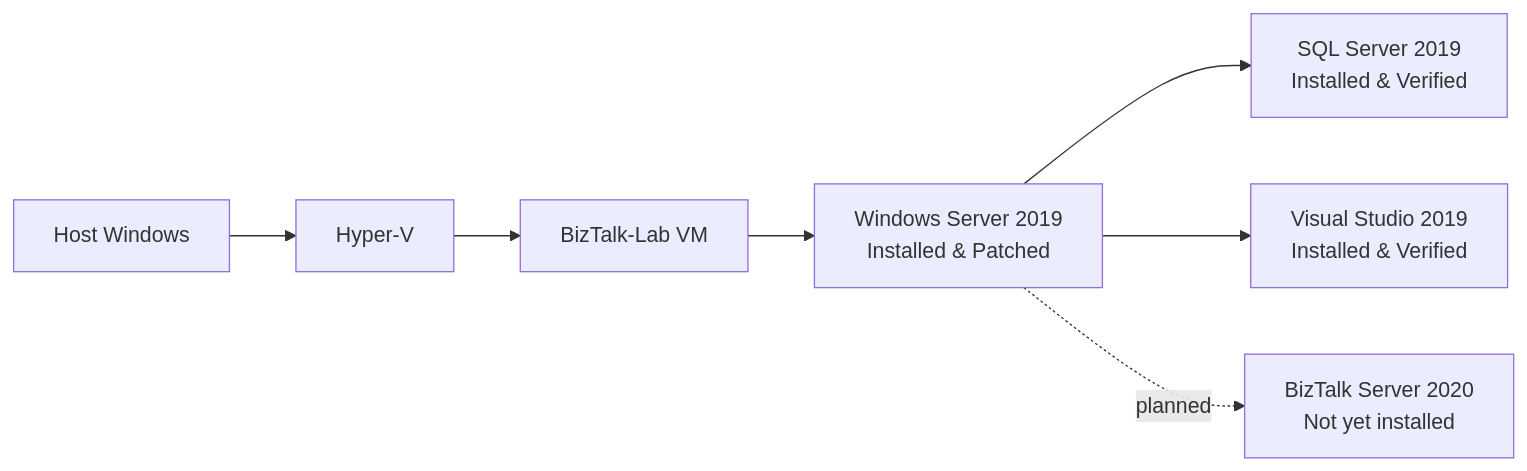
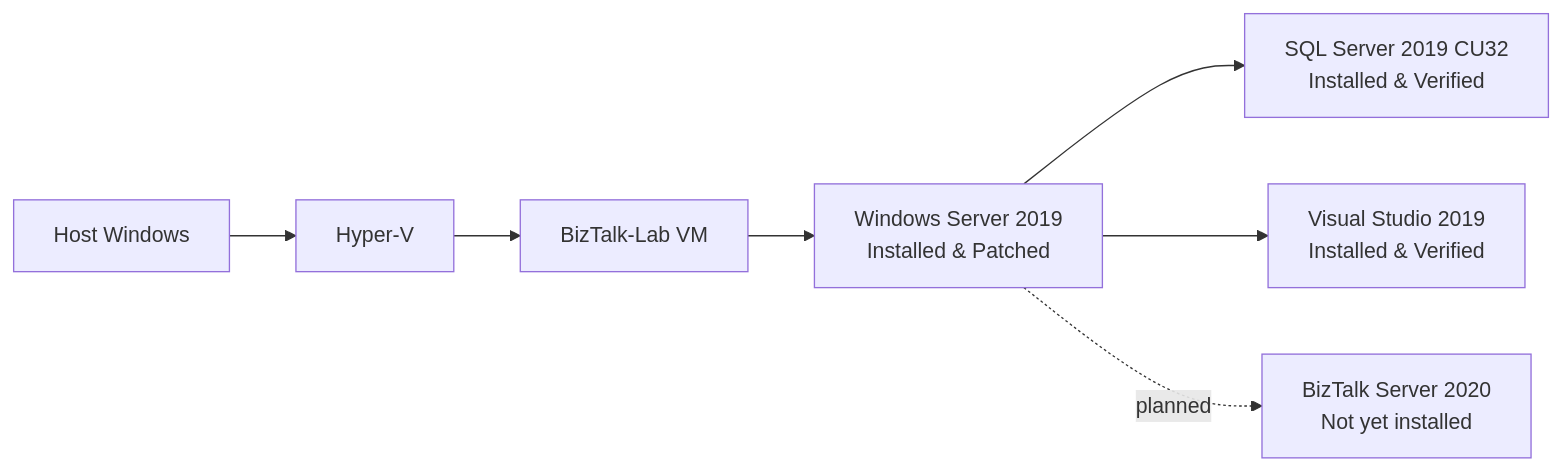
The diagram in README.md (mina-mtb/biztalk-to-azure-migration-lab), drawn with Mermaid before and after one commit. The commit also changed other lines of this file and 3 other files, not shown here.

Commit message:
chore: update SQL Server 2019 to CU32 (15.0.4430.1)

````diff
--- a/README.md
+++ b/README.md
@@ -32,9 +32,9 @@
 ```mermaid
 flowchart LR
     Host[Host Windows] --> HyperV[Hyper-V]
     HyperV --> VM[BizTalk-Lab VM]
     VM --> OS[Windows Server 2019<br/>Installed & Patched]
-    OS --> SQL[SQL Server 2019<br/>Installed & Verified]
+    OS --> SQL[SQL Server 2019 CU32<br/>Installed & Verified]
     OS --> VS[Visual Studio 2019<br/>Installed & Verified]
     OS -. planned .-> BTS[BizTalk Server 2020<br/>Not yet installed]
 ```
````
